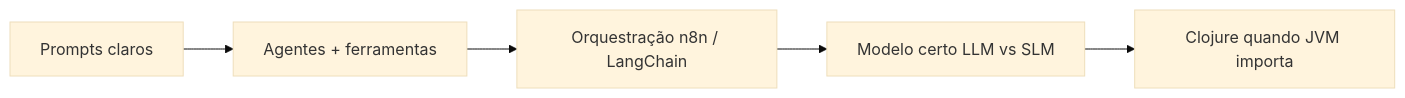
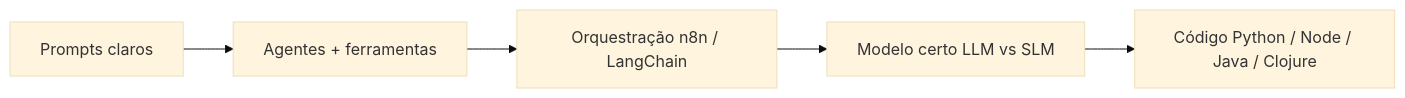
The diagram in inteligencia-artificial/README.md (tiagocosmai/study-materials), drawn with Mermaid (base theme) before and after one commit. The commit also changed other lines of this file and 6 other files, not shown here.

````diff
--- a/inteligencia-artificial/README.md
+++ b/inteligencia-artificial/README.md
@@ -9,7 +9,7 @@
 ```mermaid
 flowchart LR
   P[Prompts claros] --> A[Agentes + ferramentas]
   A --> O[Orquestração n8n / LangChain]
   O --> M[Modelo certo LLM vs SLM]
-  M --> X[Clojure quando JVM importa]
+  M --> X[Código Python / Node / Java / Clojure]
 ```
````
